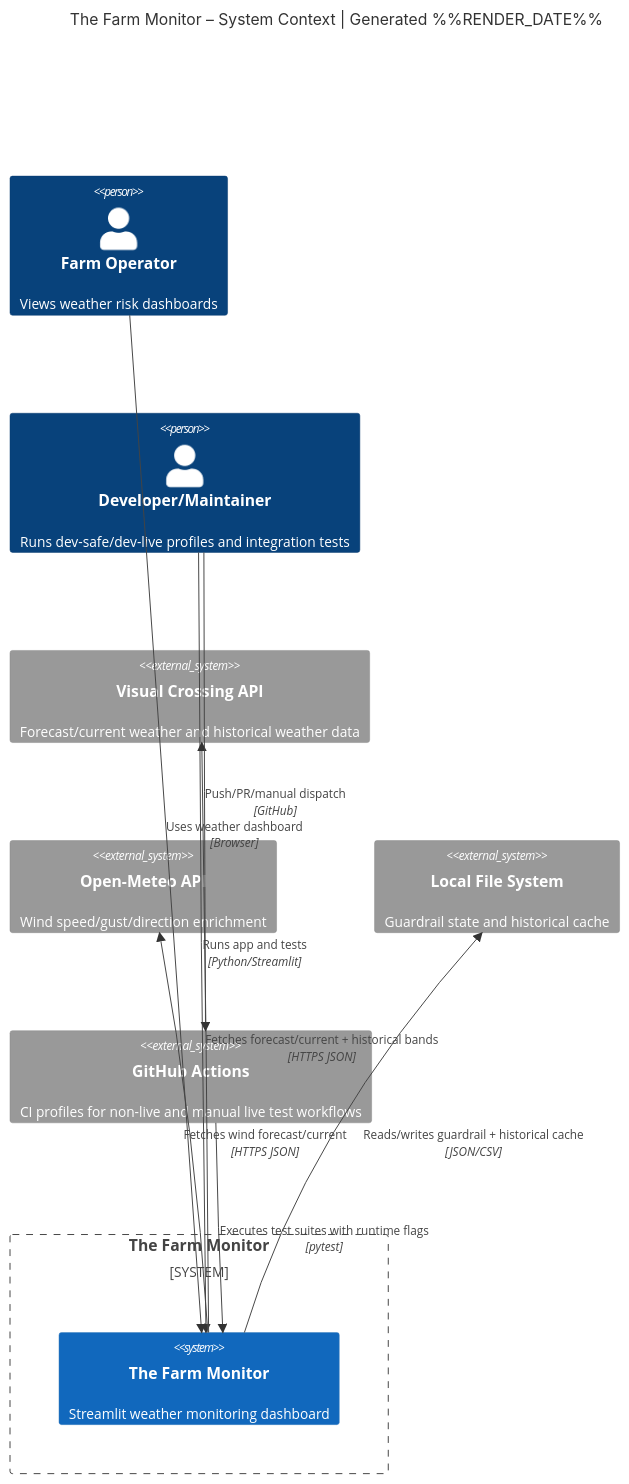
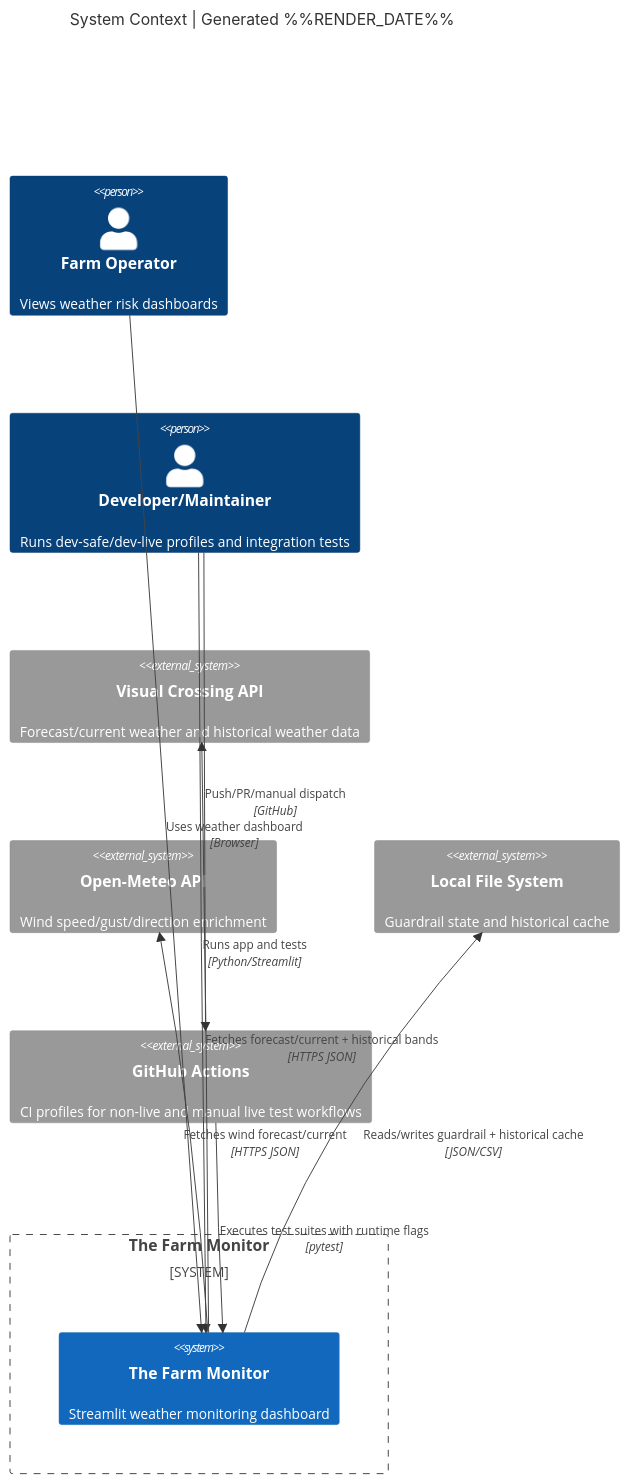
Before and after one commit to RobinWikoff/the-farm-monitor: the diagram in docs/c4/c1-system-context.md, drawn with Mermaid. The commit also changed 30 other files, not shown here.

First line of the commit message:
Add diagram standards: DM Sans font, two-line header, A4 sizing

````diff
--- a/docs/c4/c1-system-context.md
+++ b/docs/c4/c1-system-context.md
@@ -7,24 +7,24 @@
 ```mermaid
 C4Context
-    title The Farm Monitor – System Context | Generated %%RENDER_DATE%%
+    title System Context | Generated %%RENDER_DATE%%
 
     Person(user, "Farm Operator", "Views weather risk dashboards")
     Person(dev, "Developer/Maintainer", "Runs dev-safe/dev-live profiles and integration tests")
 
     System_Boundary(farm_boundary, "The Farm Monitor") {
         System(farm_monitor, "The Farm Monitor", "Streamlit weather monitoring dashboard")
     }
 
     System_Ext(vc_api, "Visual Crossing API", "Forecast/current weather and historical weather data")
     System_Ext(om_api, "Open-Meteo API", "Wind speed/gust/direction enrichment")
     System_Ext(local_fs, "Local File System", "Guardrail state and historical cache")
     System_Ext(ci_runner, "GitHub Actions", "CI profiles for non-live and manual live test workflows")
 
     Rel(user, farm_monitor, "Uses weather dashboard", "Browser")
     Rel(dev, farm_monitor, "Runs app and tests", "Python/Streamlit")
     Rel(farm_monitor, vc_api, "Fetches forecast/current + historical bands", "HTTPS JSON")
     Rel(farm_monitor, om_api, "Fetches wind forecast/current", "HTTPS JSON")
     Rel(farm_monitor, local_fs, "Reads/writes guardrail + historical cache", "JSON/CSV")
     Rel(dev, ci_runner, "Push/PR/manual dispatch", "GitHub")
     Rel(ci_runner, farm_monitor, "Executes test suites with runtime flags", "pytest")
 ```
````
